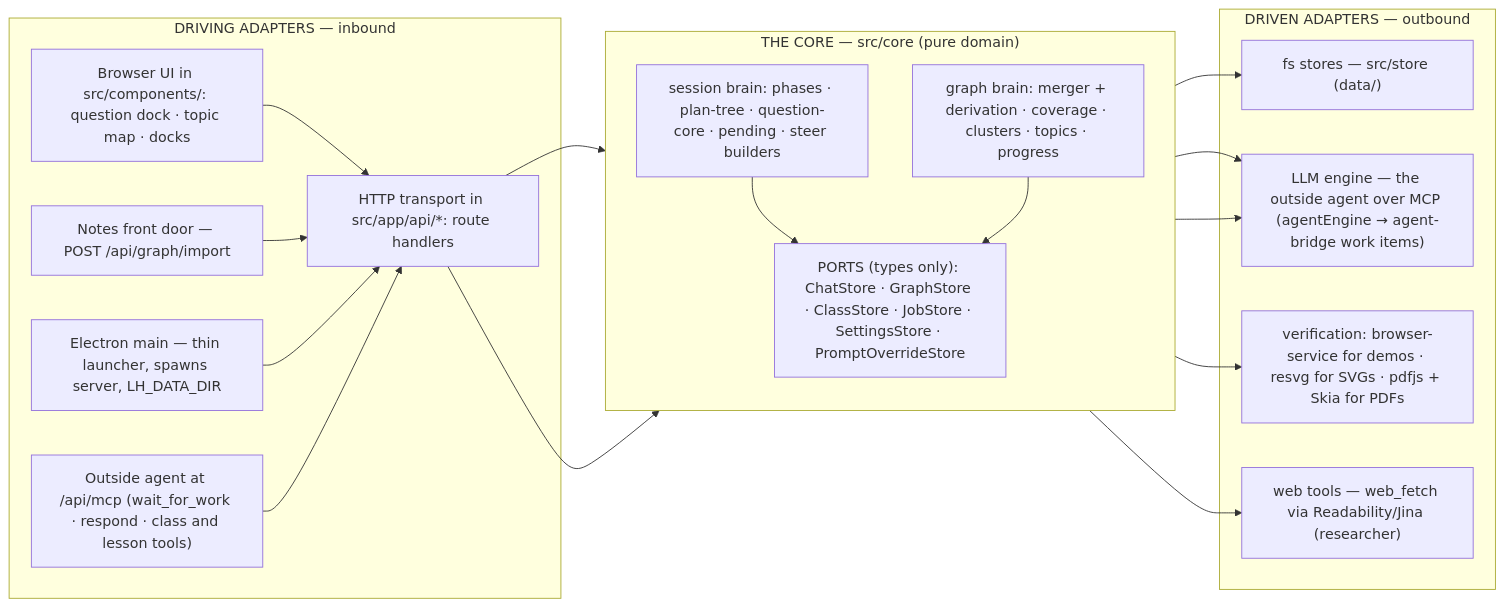
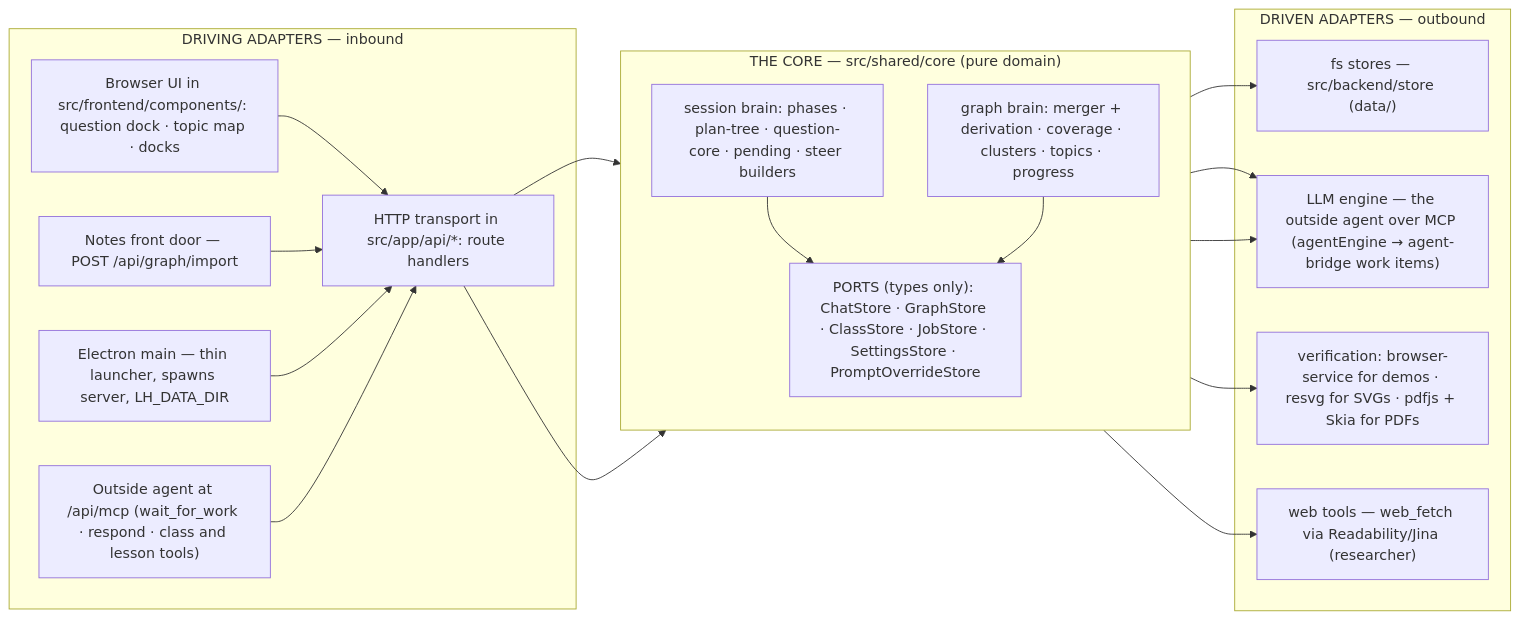
The second of 7 diagrams in docs/architecture.md (bayshores/godspeed), drawn with Mermaid before and after one commit. The commit also changed other lines of this file and 1345 other files, not shown here.

Commit message:
tidy: split src into frontend/, backend/ and shared/ (src/app and proxy.ts stay where Next.js needs them), split tests the same way plus tests/desktop, and update every import, config and doc path; drop docs/archive, docs/vision.md and the unused banner SVGs

````diff
--- a/docs/architecture.md
+++ b/docs/architecture.md
@@ -171,38 +170,38 @@
 ```mermaid
 flowchart LR
     subgraph DRIVING["DRIVING ADAPTERS — inbound"]
-        BROWSER["Browser UI in src/components/: question dock · topic map · docks"]
+        BROWSER["Browser UI in src/frontend/components/: question dock · topic map · docks"]
         HTTP["HTTP transport in src/app/api/*: route handlers"]
         MCPIN["Outside agent at /api/mcp (wait_for_work · respond · class and lesson tools)"]
         NOTES["Notes front door — POST /api/graph/import"]
         ELEC["Electron main — thin launcher, spawns server, LH_DATA_DIR"]
     end
 
-    subgraph HEXCORE["THE CORE — src/core (pure domain)"]
+    subgraph HEXCORE["THE CORE — src/shared/core (pure domain)"]
         direction TB
         SESS["session brain: phases · plan-tree · question-core · pending · steer builders"]
         GBRAIN["graph brain: merger + derivation · coverage · clusters · topics · progress"]
         PORTSBOX["PORTS (types only): ChatStore · GraphStore · ClassStore · JobStore · SettingsStore · PromptOverrideStore"]
     end
 
     subgraph DRIVEN["DRIVEN ADAPTERS — outbound"]
-        FS["fs stores — src/store (data/)"]
+        FS["fs stores — src/backend/store (data/)"]
         LLM["LLM engine — the outside agent over MCP (agentEngine → agent-bridge work items)"]
         HEAD["verification: browser-service for demos · resvg for SVGs · pdfjs + Skia for PDFs"]
         WEB["web tools — web_fetch via Readability/Jina (researcher)"]
     end
 
     BROWSER --> HTTP
     NOTES --> HTTP
     ELEC --> HTTP
     MCPIN --> HTTP
     HTTP --> SESS
     HTTP --> GBRAIN
     SESS --> PORTSBOX
     GBRAIN --> PORTSBOX
     PORTSBOX --> FS
     SESS --> LLM
     GBRAIN --> LLM
     SESS --> HEAD
     SESS --> WEB
 ```
````
